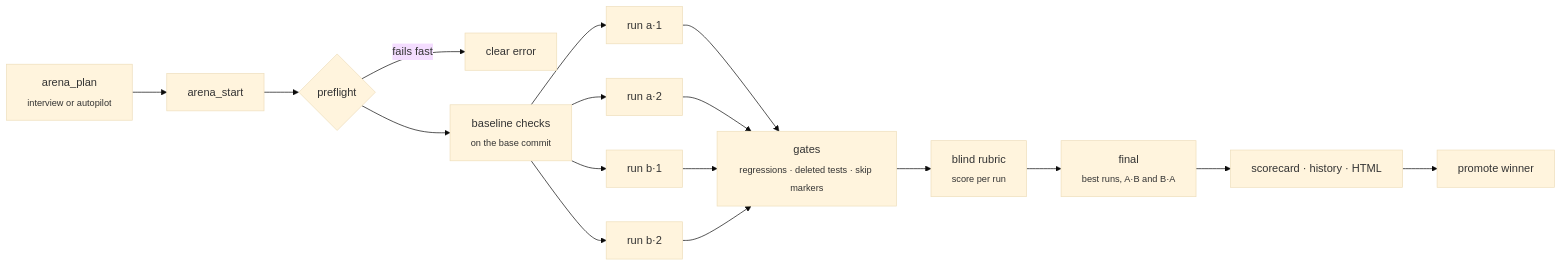
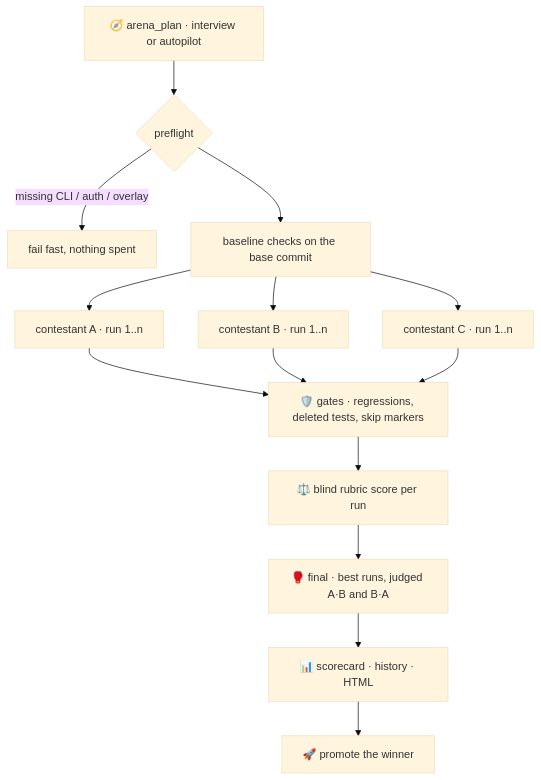
Before and after one commit to MatteoSava/agents-arena-mcp: the diagram in README.md, drawn with Mermaid (base theme).

Commit message:
docs: compact top-down pipeline diagram

````diff
--- a/README.md
+++ b/README.md
@@ -72,13 +72,11 @@
 ```mermaid
-flowchart LR
-    P[arena_plan<br/><sub>interview or autopilot</sub>] --> S[arena_start]
-    S --> F{preflight}
-    F -->|fails fast| X[clear error]
-    F --> B[baseline checks<br/><sub>on the base commit</sub>]
-    B --> R1[run a·1] & R2[run a·2] & R3[run b·1] & R4[run b·2]
-    R1 & R2 & R3 & R4 --> G[gates<br/><sub>regressions · deleted tests · skip markers</sub>]
-    G --> J[blind rubric<br/><sub>score per run</sub>]
-    J --> FN[final<br/><sub>best runs, A·B and B·A</sub>]
-    FN --> C[scorecard · history · HTML]
-    C --> W[promote winner]
+flowchart TB
+    P["🧭 arena_plan · interview or autopilot"] --> F{"preflight"}
+    F -- "missing CLI / auth / overlay" --> X["fail fast, nothing spent"]
+    F --> B["baseline checks on the base commit"]
+    B --> R1["contestant A · run 1..n"] & R2["contestant B · run 1..n"] & R3["contestant C · run 1..n"]
+    R1 & R2 & R3 --> G["🛡️ gates · regressions, deleted tests, skip markers"]
+    G --> J["⚖️ blind rubric score per run"]
+    J --> FN["🥊 final · best runs, judged A·B and B·A"]
+    FN --> C["📊 scorecard · history · HTML"] --> W["🚀 promote the winner"]
 ```
````
